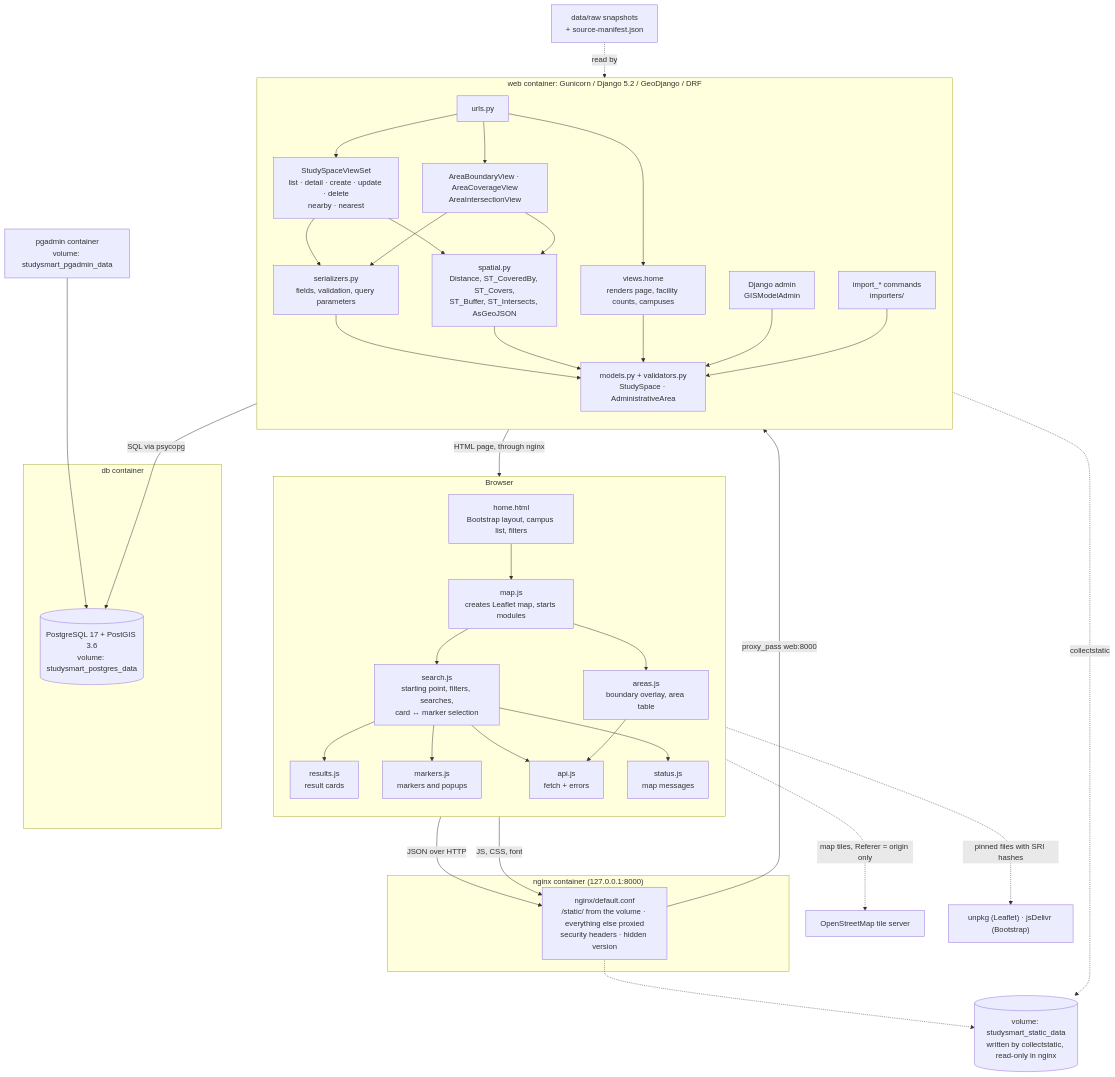
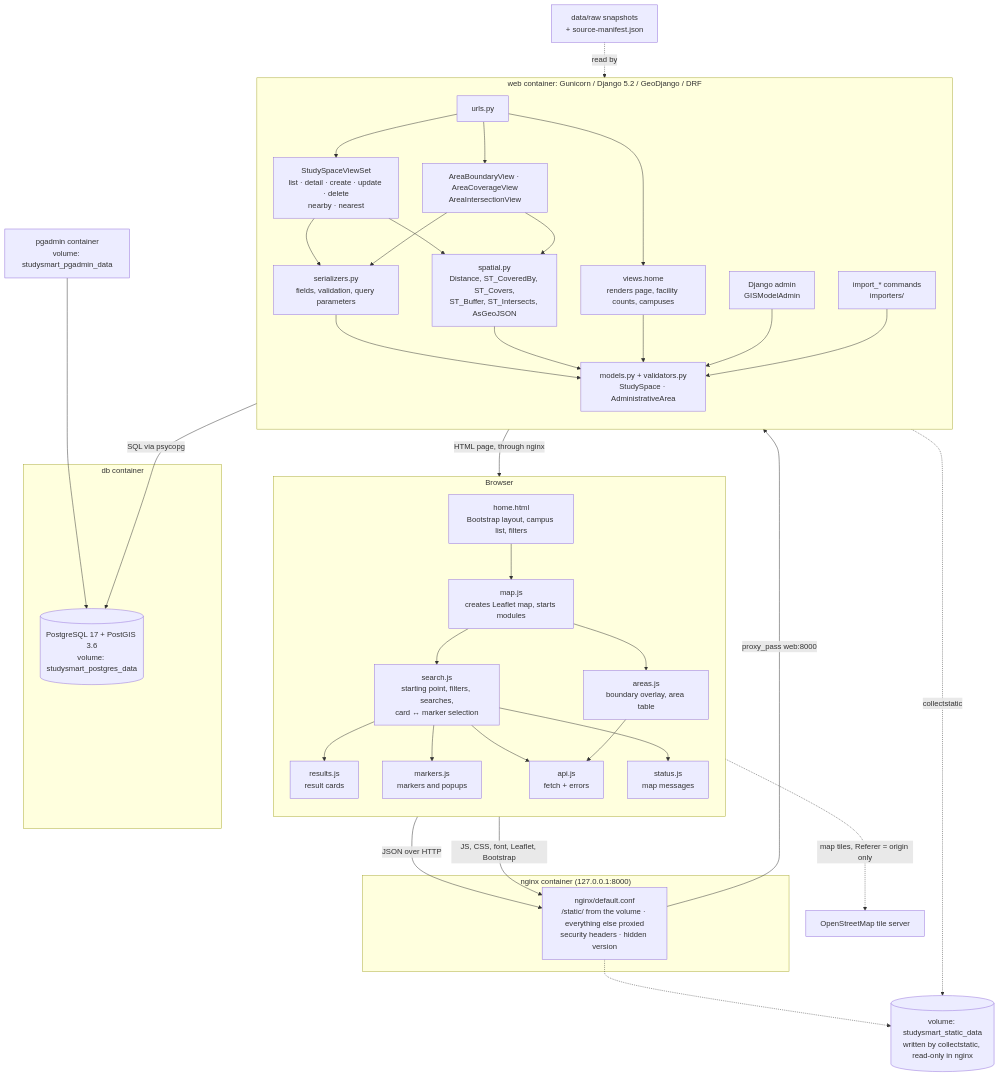
Before and after one commit to sayoowolabi/studysmart: the first of 2 diagrams in docs/architecture.md, drawn with Mermaid. The commit also changed other lines of this file and 55 other files, not shown here.

````diff
--- a/docs/architecture.md
+++ b/docs/architecture.md
@@ -7,61 +7,59 @@
 ```mermaid
 flowchart TB
     subgraph Browser["Browser"]
         direction TB
         Page["home.html<br/>Bootstrap layout, campus list, filters"]
         Main["map.js<br/>creates Leaflet map, starts modules"]
         Search["search.js<br/>starting point, filters, searches,<br/>card ↔ marker selection"]
         Results["results.js<br/>result cards"]
         Markers["markers.js<br/>markers and popups"]
         Areas["areas.js<br/>boundary overlay, area table"]
         Api["api.js<br/>fetch + errors"]
         Status["status.js<br/>map messages"]
         Page --> Main --> Search & Areas
         Search --> Results & Markers & Api & Status
         Areas --> Api
     end
 
     subgraph NginxContainer["nginx container (127.0.0.1:8000)"]
         Nginx["nginx/default.conf<br/>/static/ from the volume · everything else proxied<br/>security headers · hidden version"]
     end
 
     StaticVolume[("volume: studysmart_static_data<br/>written by collectstatic, read-only in nginx")]
 
     subgraph WebContainer["web container: Gunicorn / Django 5.2 / GeoDjango / DRF"]
         direction TB
         Urls["urls.py"]
         Home["views.home<br/>renders page, facility counts, campuses"]
         ViewSet["StudySpaceViewSet<br/>list · detail · create · update · delete<br/>nearby · nearest"]
         AreaViews["AreaBoundaryView · AreaCoverageView<br/>AreaIntersectionView"]
         Serializers["serializers.py<br/>fields, validation, query parameters"]
         Spatial["spatial.py<br/>Distance, ST_CoveredBy, ST_Covers,<br/>ST_Buffer, ST_Intersects, AsGeoJSON"]
         Models["models.py + validators.py<br/>StudySpace · AdministrativeArea"]
         Admin["Django admin<br/>GISModelAdmin"]
         Import["import_* commands<br/>importers/"]
         Urls --> Home & ViewSet & AreaViews
         ViewSet --> Serializers & Spatial
         AreaViews --> Serializers & Spatial
         Serializers & Spatial & Home & Admin & Import --> Models
     end
 
     subgraph DbContainer["db container"]
         PostGIS[("PostgreSQL 17 + PostGIS 3.6<br/>volume: studysmart_postgres_data")]
     end
 
     PgAdmin["pgadmin container<br/>volume: studysmart_pgadmin_data"]
     Tiles["OpenStreetMap tile server"]
-    CDN["unpkg (Leaflet) · jsDelivr (Bootstrap)"]
     Snapshots["data/raw snapshots<br/>+ source-manifest.json"]
 
     Api -->|"JSON over HTTP"| Nginx
-    Page -->|"JS, CSS, font"| Nginx
+    Page -->|"JS, CSS, font, Leaflet, Bootstrap"| Nginx
     Nginx -->|"proxy_pass web:8000"| Urls
     Nginx -.-> StaticVolume
     WebContainer -.->|"collectstatic"| StaticVolume
     Home -->|"HTML page, through nginx"| Page
     Models -->|"SQL via psycopg"| PostGIS
     PgAdmin --> PostGIS
     Main -.->|"map tiles, Referer = origin only"| Tiles
-    Page -.->|"pinned files with SRI hashes"| CDN
     Snapshots -.->|"read by"| Import
 ```
````
